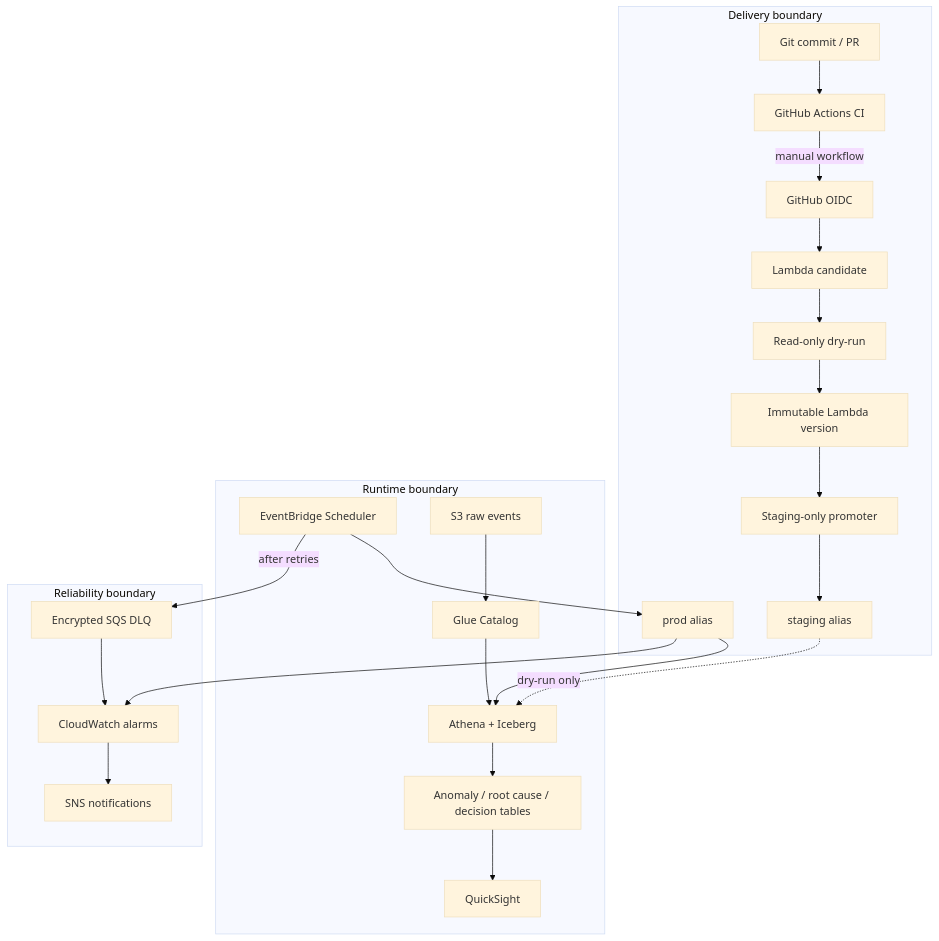
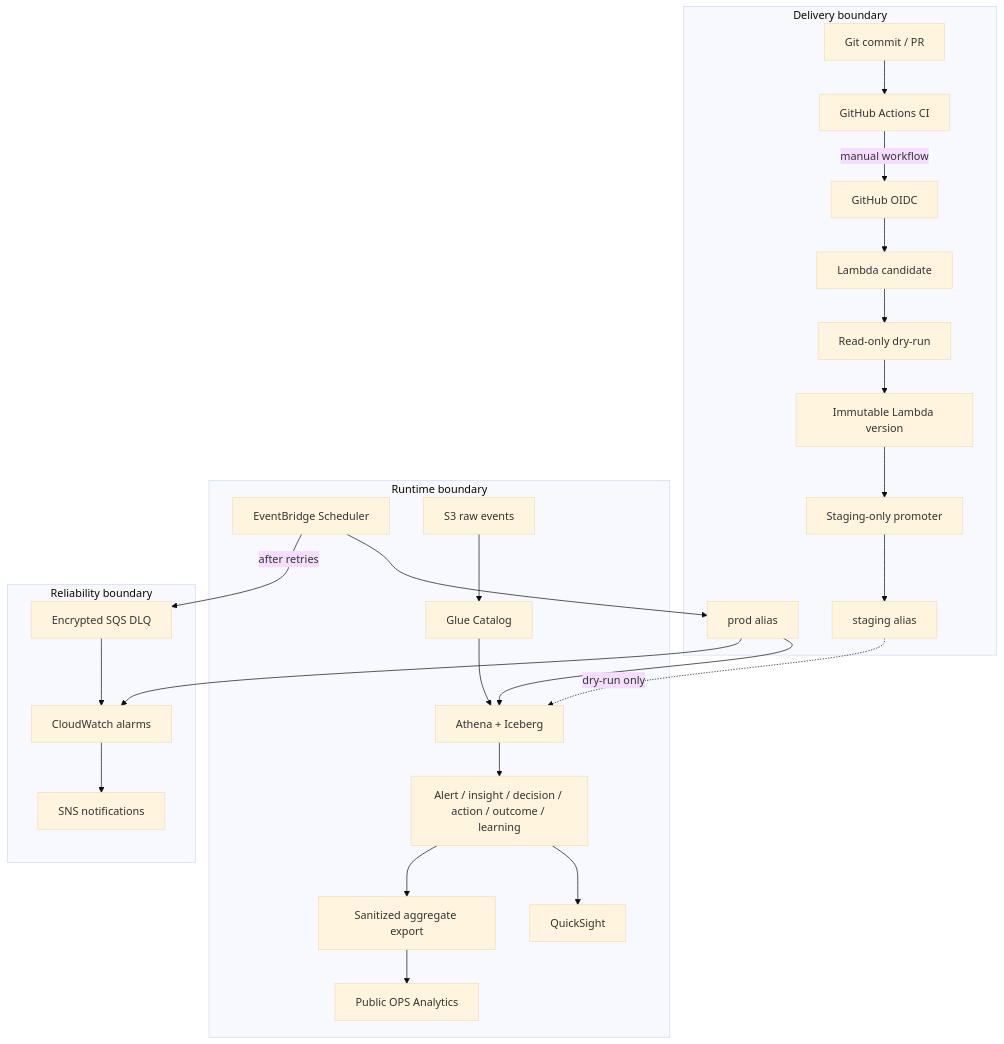
The second of 3 diagrams in docs/architecture_current.md (Andy-JunXiong/GLAP-AI-Decision-Platform), drawn with Mermaid (base theme) before and after one commit. The commit also changed other lines of this file and 4 other files, not shown here.

Commit message:
Document remaining implementation roadmap

````diff
--- a/docs/architecture_current.md
+++ b/docs/architecture_current.md
@@ -20,30 +20,32 @@
 ```mermaid
 flowchart TB
     subgraph Delivery[Delivery boundary]
         DEV[Git commit / PR] --> CI[GitHub Actions CI]
         CI -->|manual workflow| OIDC[GitHub OIDC]
         OIDC --> CANDIDATE[Lambda candidate]
         CANDIDATE --> DRYRUN[Read-only dry-run]
         DRYRUN --> VERSION[Immutable Lambda version]
         VERSION --> PROMOTER[Staging-only promoter]
         PROMOTER --> STAGING[staging alias]
         PROD[prod alias]
     end
 
     subgraph Runtime[Runtime boundary]
         SCHEDULER[EventBridge Scheduler] --> PROD
         RAW[S3 raw events] --> GLUE[Glue Catalog]
         GLUE --> ATHENA[Athena + Iceberg]
         PROD --> ATHENA
         STAGING -. dry-run only .-> ATHENA
-        ATHENA --> OUTPUTS[Anomaly / root cause / decision tables]
+        ATHENA --> OUTPUTS[Alert / insight / decision / action / outcome / learning]
         OUTPUTS --> QS[QuickSight]
+        OUTPUTS --> EXPORT[Sanitized aggregate export]
+        EXPORT --> PAGES[Public OPS Analytics]
     end
 
     subgraph Reliability[Reliability boundary]
         SCHEDULER -->|after retries| DLQ[Encrypted SQS DLQ]
         PROD --> CW[CloudWatch alarms]
         DLQ --> CW
         CW --> SNS[SNS notifications]
     end
 ```
````
